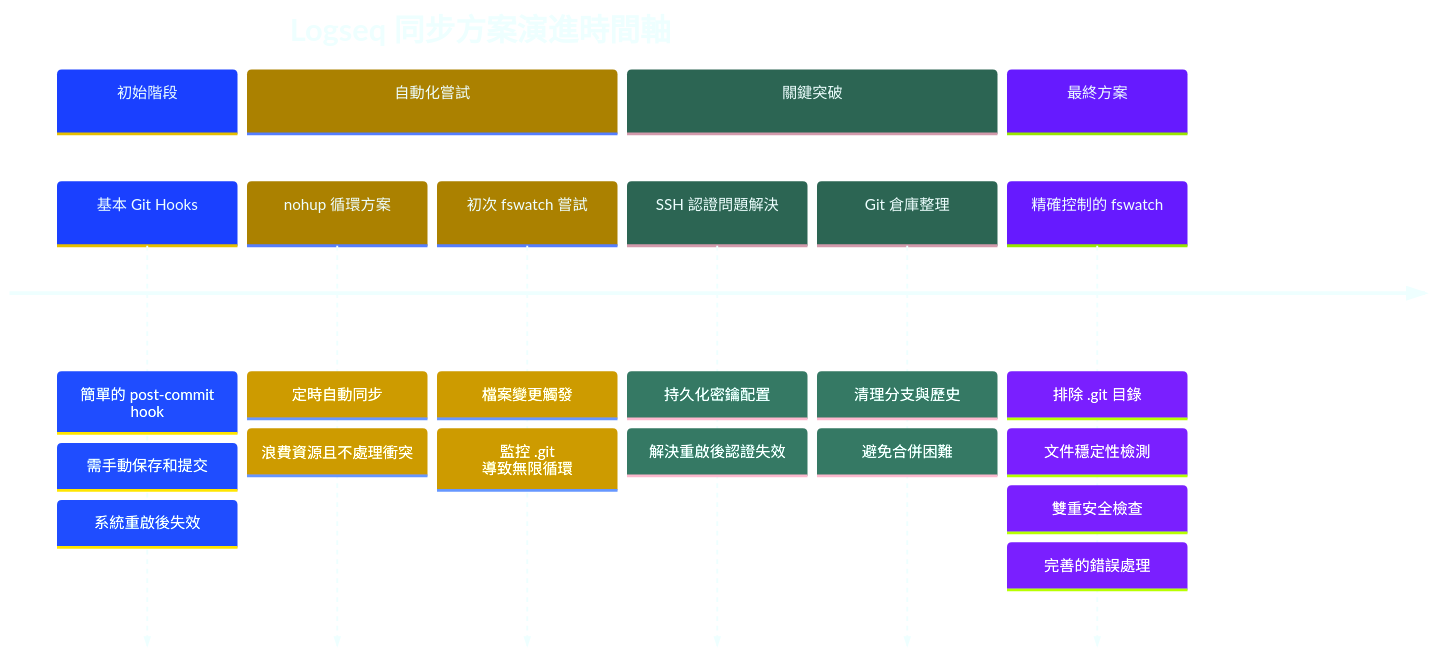
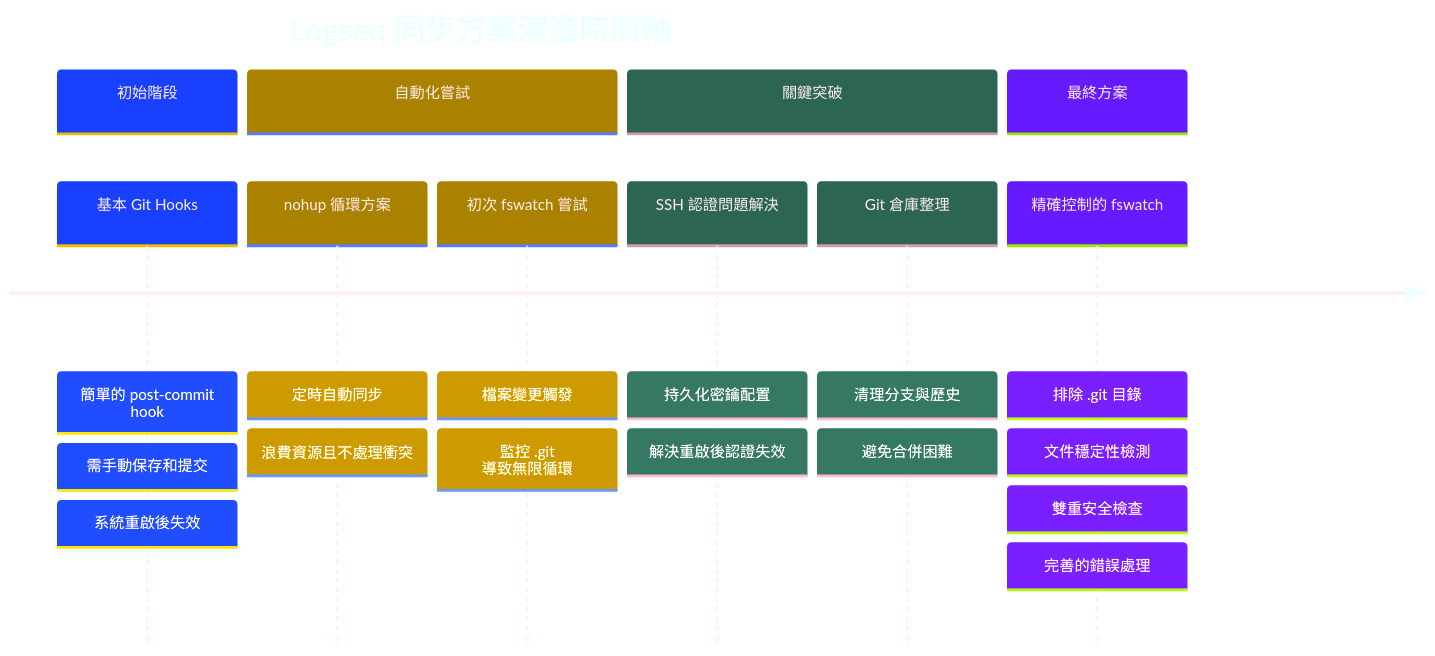
One commit to GengGeng026/Sync-Logseq changed the first of 2 diagrams in Logseq同步方案演進記錄.md. Above: the diagram before and after it, drawn with Mermaid.

Commit message:
Auto-sync: Wed Mar 26 09:22:10 +08 2025

````diff
--- a/Logseq同步方案演進記錄.md
+++ b/Logseq同步方案演進記錄.md
@@ -24,44 +24,44 @@
 ```mermaid
 %%{init: {
   'theme': 'base', 
   'themeVariables': {
     'primaryColor': '#99AAFF',
     'secondaryColor': '#FFCB2B',
     'tertiaryColor': '#59B79A',
-    'primaryTextColor': '#EEFFFF',
+    'primaryTextColor': '#FEEEEE',
     'primaryBorderColor': '#59B79A',
     'lineColor': '#C792EA',
     'background': 'transparent',
     'textColor': '#EEFFFF',
     'nodeBorder': '#59B79A',
     'clusterBkg': 'transparent',
     'titleColor': '#EEFFFF',
     'sectionBkgColor': '#273747',
     'sectionBkgColor2': '#334455',
     'sectionBkgColor3': '#3A4A5A',
     'sectionBkgColor4': '#42546A',
     'sectionBkgColor5': '#4B5E78'
   }
 }}%%
 timeline
     title Logseq 同步方案演進時間軸
     section 初始階段
         基本 Git Hooks : 簡單的 post-commit hook
         : 需手動保存和提交
         : 系統重啟後失效
     section 自動化嘗試
         nohup 循環方案 : 定時自動同步
         : 浪費資源且不處理衝突
         初次 fswatch 嘗試 : 檔案變更觸發
         : 監控 .git 導致無限循環
     section 關鍵突破
         SSH 認證問題解決 : 持久化密鑰配置
         : 解決重啟後認證失效
         Git 倉庫整理 : 清理分支與歷史
         : 避免合併困難
     section 最終方案
         精確控制的 fswatch : 排除 .git 目錄
         : 文件穩定性檢測
         : 雙重安全檢查
         : 完善的錯誤處理
 ```
````
